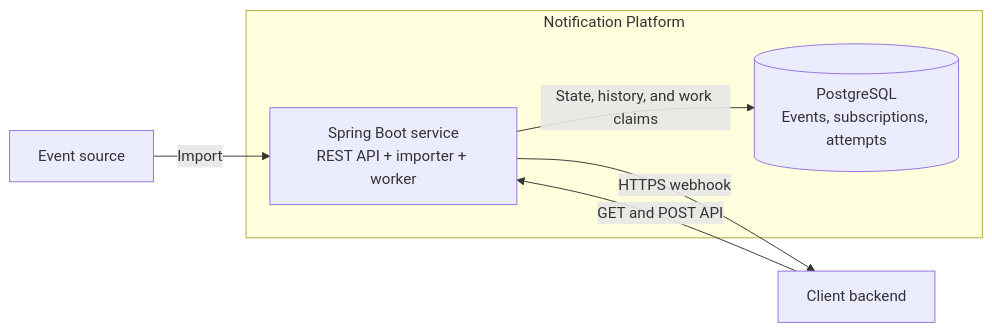
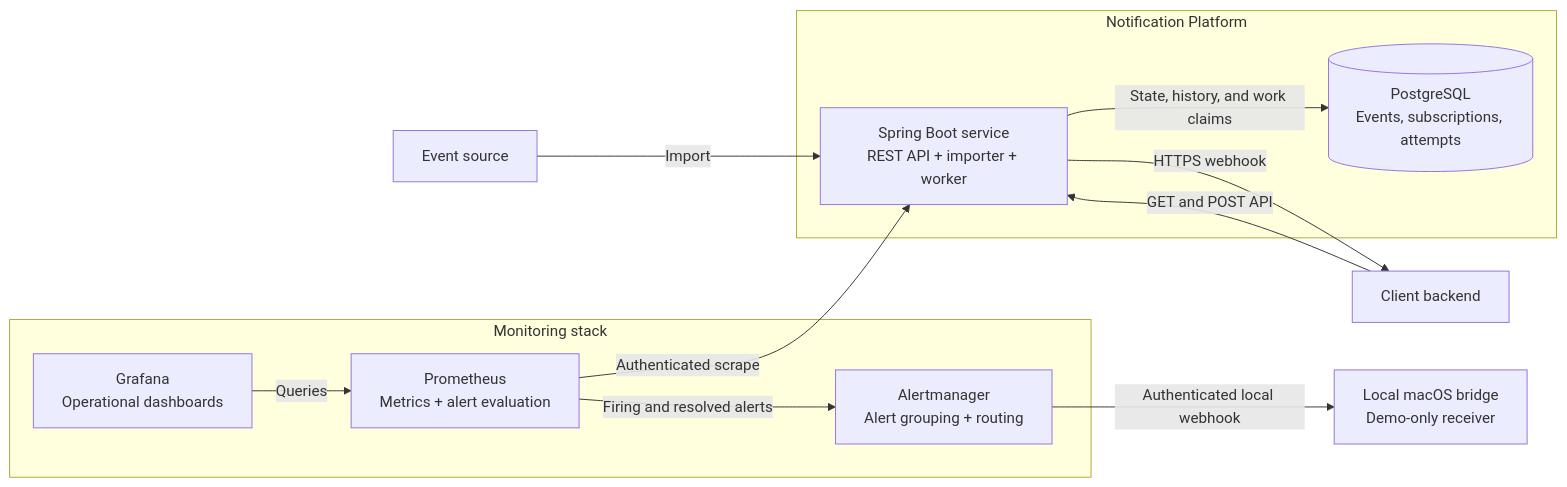
Before and after one commit to agnunezv/cobre-notifications-case: the second of 3 diagrams in docs/architecture-baseline.md, drawn with Mermaid. The commit also changed other lines of this file and 13 other files, not shown here.

````diff
--- a/docs/architecture-baseline.md
+++ b/docs/architecture-baseline.md
@@ -48,15 +51,27 @@
 ```mermaid
 flowchart LR
     source["Event source"]
     client["Client backend"]
 
     subgraph platform["Notification Platform"]
         service["Spring Boot service<br/>REST API + importer + worker"]
         database[("PostgreSQL<br/>Events, subscriptions, attempts")]
     end
 
+    subgraph monitoring["Monitoring stack"]
+        prometheus["Prometheus<br/>Metrics + alert evaluation"]
+        alertmanager["Alertmanager<br/>Alert grouping + routing"]
+        grafana["Grafana<br/>Operational dashboards"]
+    end
+
+    bridge["Local macOS bridge<br/>Demo-only receiver"]
+
     source -->|Import| service
     client -->|GET and POST API| service
     service -->|HTTPS webhook| client
     service -->|State, history, and work claims| database
+    prometheus -->|Authenticated scrape| service
+    prometheus -->|Firing and resolved alerts| alertmanager
+    alertmanager -->|Authenticated local webhook| bridge
+    grafana -->|Queries| prometheus
 ```
````
